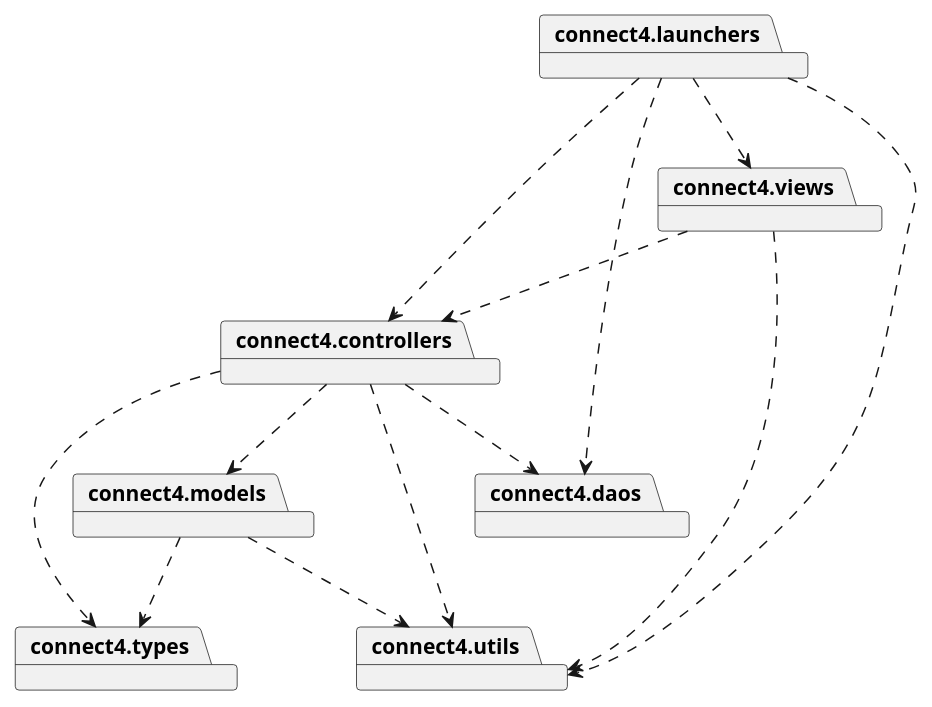
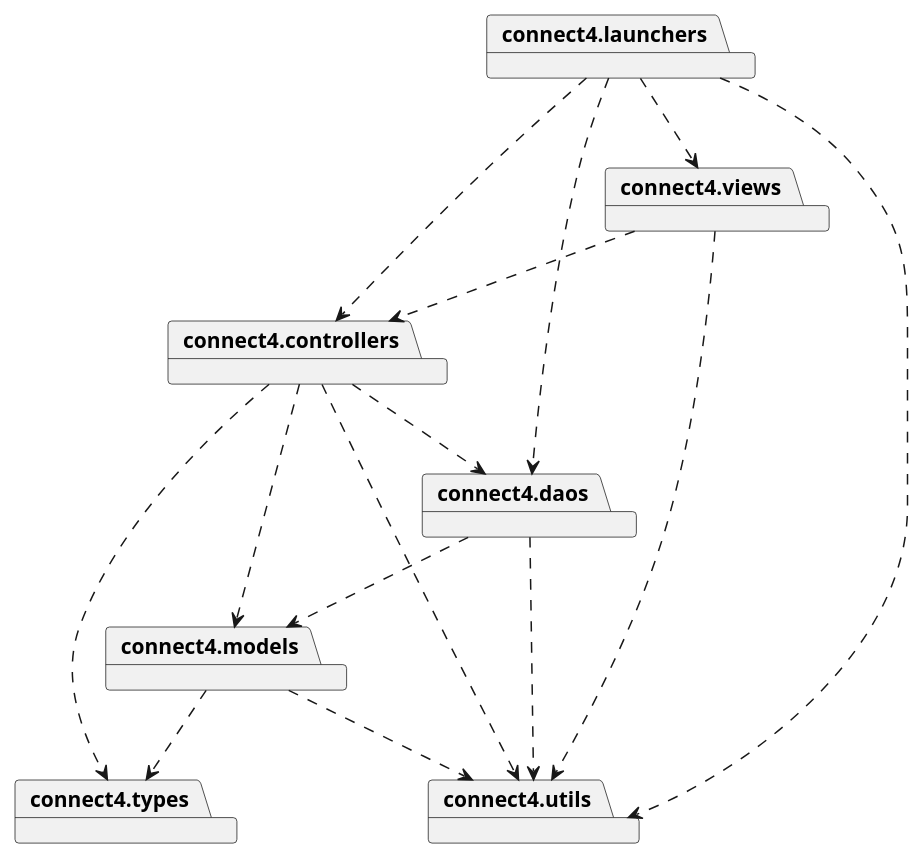
Before and after one commit to js-rom/connect4: the diagram in connect4/Docs/diagrams/src/packages/packageDiagramDistributedSummary.plantuml, drawn with PlantUML. The commit also changed 8 other files, not shown here.

```diff
--- a/connect4/Docs/diagrams/src/packages/packageDiagramDistributedSummary.plantuml
+++ b/connect4/Docs/diagrams/src/packages/packageDiagramDistributedSummary.plantuml
@@ -1,24 +1,26 @@
 @startuml
 
 package connect4.launchers
 package connect4.models
 package connect4.types
 package connect4.views
 package connect4.controllers
 package connect4.utils
 package connect4.daos
 
 connect4.launchers ..> connect4.views
 connect4.launchers ..> connect4.controllers
 connect4.launchers ..> connect4.utils
 connect4.views ..> connect4.controllers
 connect4.views ..> connect4.utils
 connect4.controllers ..> connect4.models
 connect4.controllers ..> connect4.types
 connect4.controllers ..> connect4.utils
 connect4.models ..> connect4.types
 connect4.models ..> connect4.utils
 connect4.launchers ..> connect4.daos
 connect4.controllers ..> connect4.daos
+connect4.daos ..> connect4.models
+connect4.daos ..> connect4.utils
 
 @enduml
```
